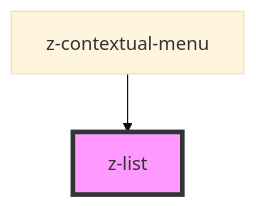
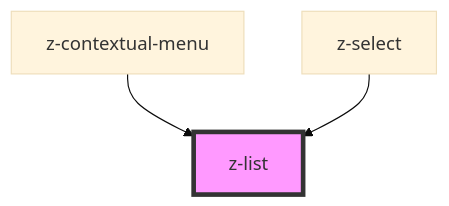
The diagram in src/components/list/z-list/readme.md (ZanichelliEditore/design-system), drawn with Mermaid (base theme) before and after one commit. The commit also changed other lines of this file and 6 other files, not shown here.

Commit message:
refactor: use z-list and z-list-element in z-select

````diff
--- a/src/components/list/z-list/readme.md
+++ b/src/components/list/z-list/readme.md
@@ -22,5 +23,6 @@
 ```mermaid
 graph TD;
   z-contextual-menu --> z-list
+  z-select --> z-list
   style z-list fill:#f9f,stroke:#333,stroke-width:4px
 ```
````
